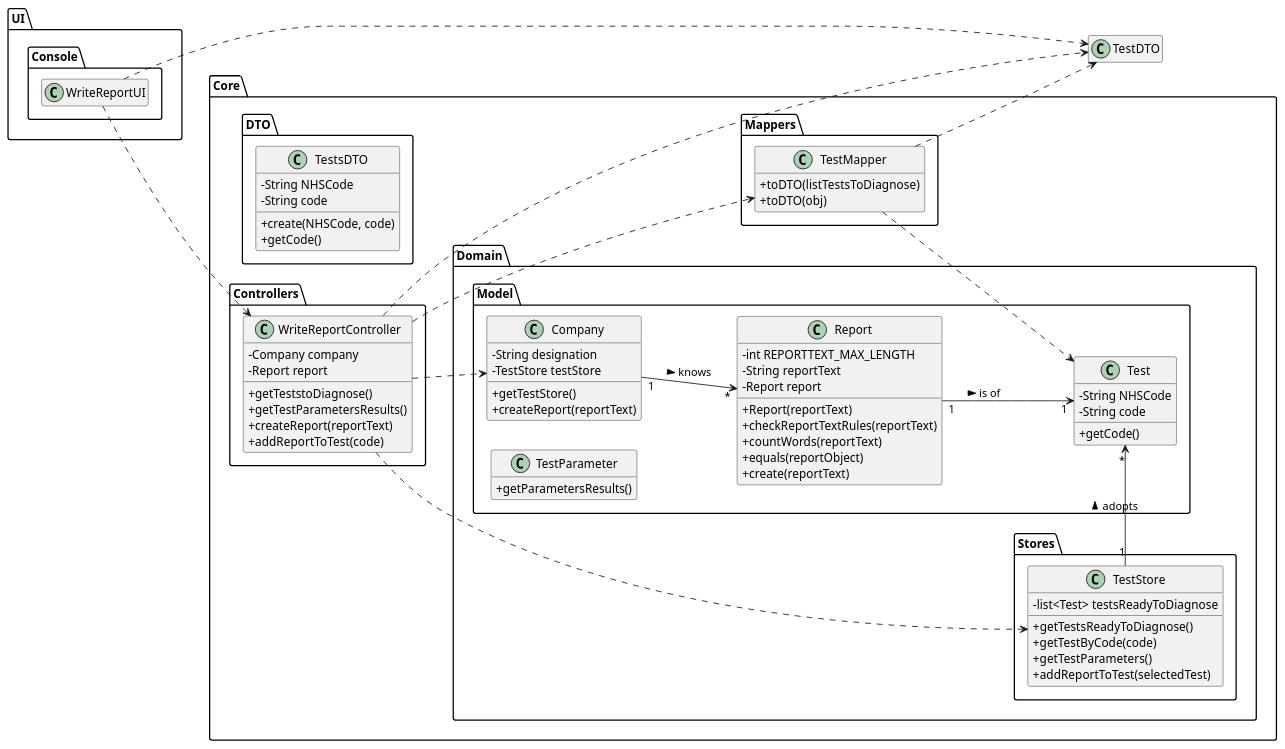
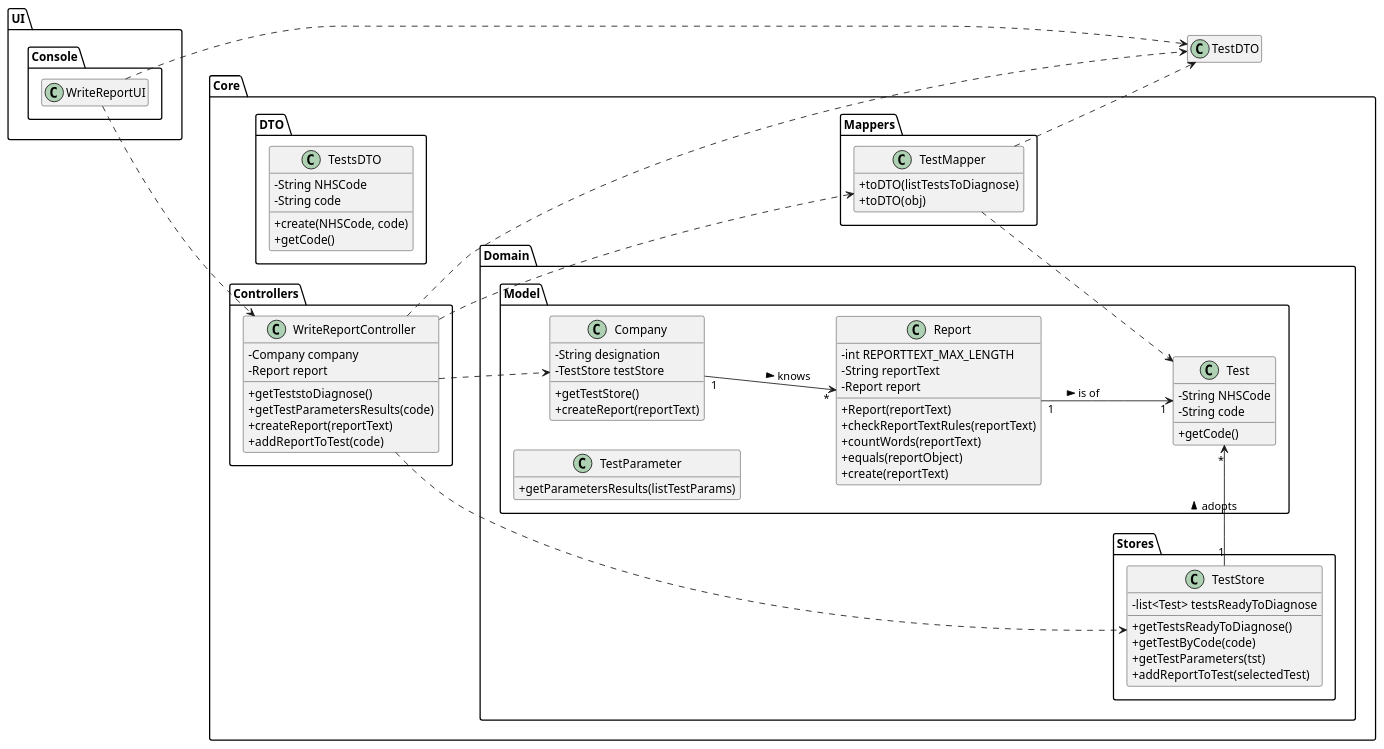
The diagram in docs/SprintC/US_14/US14_CD.puml (ana-albergaria/LAPR2-ISEP), drawn with PlantUML before and after one commit. The commit also changed 6 other files, not shown here.

```diff
--- a/docs/SprintC/US_14/US14_CD.puml
+++ b/docs/SprintC/US_14/US14_CD.puml
@@ -1,115 +1,115 @@
 @startuml
 hide empty methods
 hide empty attributes
 left to right direction
 skinparam classAttributeIconSize 0
 
 package Core {
 
 package Domain {
 
 package Model {
 
 class Company {
     -String designation
     -TestStore testStore
     +getTestStore()
     +createReport(reportText)
 }
 
 class Report {
     - int REPORTTEXT_MAX_LENGTH
     - String reportText
     - Report report
     + Report(reportText)
     + checkReportTextRules(reportText)
     + countWords(reportText)
     + equals(reportObject)
     + create(reportText)
 }
 
 class Test {
     -String NHSCode
     -String code
     +getCode()
 }
 
 class TestParameter {
-    +getParametersResults()
+    +getParametersResults(listTestParams)
 }
 
 }
 
 package Stores {
 
 class TestStore {
     -list<Test> testsReadyToDiagnose
     +getTestsReadyToDiagnose()
     +getTestByCode(code)
-    +getTestParameters()
+    +getTestParameters(tst)
     +addReportToTest(selectedTest)
 }
 
 }
 
 }
 
 package Mappers {
 
 class TestMapper {
     +toDTO(listTestsToDiagnose)
     +toDTO(obj)
 }
 
 }
 
 package DTO {
 
 class TestsDTO {
     -String NHSCode
     -String code
     +create(NHSCode, code)
     +getCode()
 }
 
 }
 
 package Controllers {
 
 class WriteReportController {
     -Company company
     -Report report
     +getTeststoDiagnose()
-    +getTestParametersResults()
+    +getTestParametersResults(code)
     +createReport(reportText)
     +addReportToTest(code)
 }
 
 }
 
 }
 
 package UI {
 
 package Console {
 
 class WriteReportUI {
 }
 
 }
 
 }
 
 WriteReportUI ..> WriteReportController
 WriteReportUI ..> TestDTO
 WriteReportController ..> TestMapper
 WriteReportController ..> Company
 WriteReportController ..> TestStore
 WriteReportController ..> TestDTO
 TestStore "1" -> "*" Test : adopts >
 Company "1" --> "*" Report : knows >
 Report "1" --> "1" Test : is of >
 TestMapper ..> Test
 TestMapper ..> TestDTO
 
 @enduml
```
